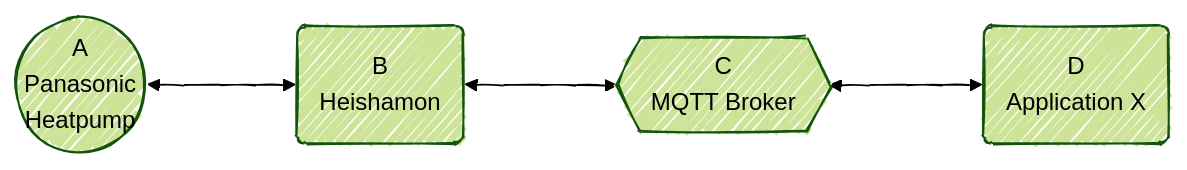
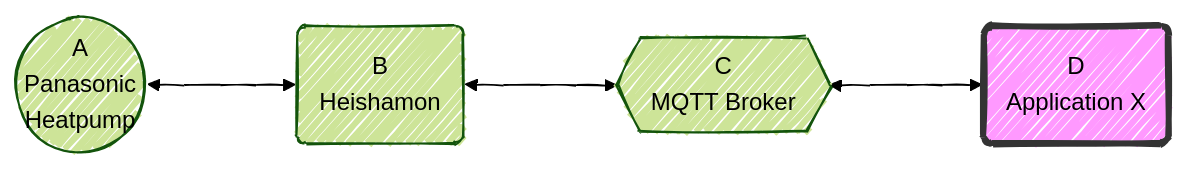
One commit to edterbak/NodeRed2 changed the diagram in readme.md. Above: the diagram before and after it, drawn with Mermaid. The commit also changed other lines of this file, not shown here.

````diff
--- a/readme.md
+++ b/readme.md
@@ -68,16 +68,17 @@
 ```mermaid
 ---
 config:
   look: handDrawn
   theme: forest
 ---
 flowchart LR
     A((A
 		Panasonic    
 		Heatpump)) <---> B(B
 		Heishamon)
 	B <---> C{{C
 		MQTT Broker}}
     C <---> D(D
 		Application X)
+	style D fill:#f9f,stroke:#333,stroke-width:4px
 ```
````
